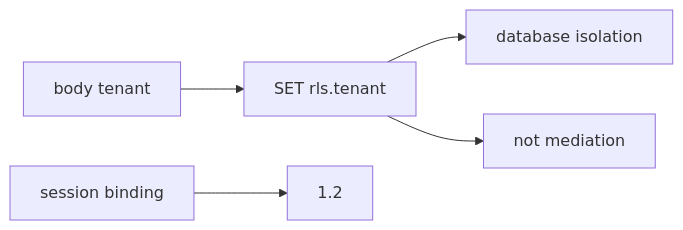
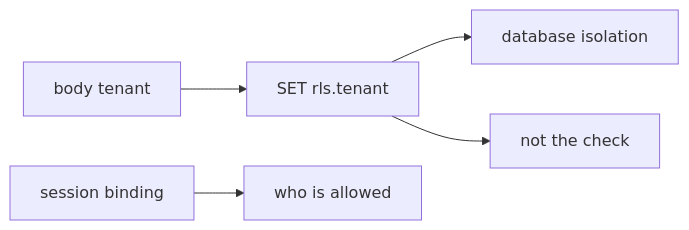
One commit to ishitvagoel/LearnSecurity changed the second of 2 diagrams in content/modules/e/E5/lessons/01-property.md. Above: the diagram before and after it, drawn with Mermaid. The commit also changed other lines of this file and 55 other files, not shown here.

````diff
--- a/content/modules/e/E5/lessons/01-property.md
+++ b/content/modules/e/E5/lessons/01-property.md
@@ -29,7 +28,7 @@
 ```mermaid
 flowchart LR
   Json[body tenant] --> Set["SET rls.tenant"]
   Set --> Belief[database isolation]
-  Bind2[session binding] --> TCB["1.2"]
-  Set --> Not12[not mediation]
+  Bind2[session binding] --> TCB["who is allowed"]
+  Set --> Not12[not the check]
 ```
````
